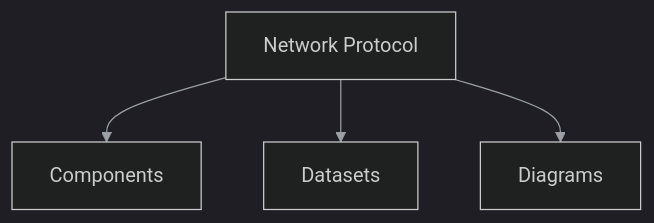
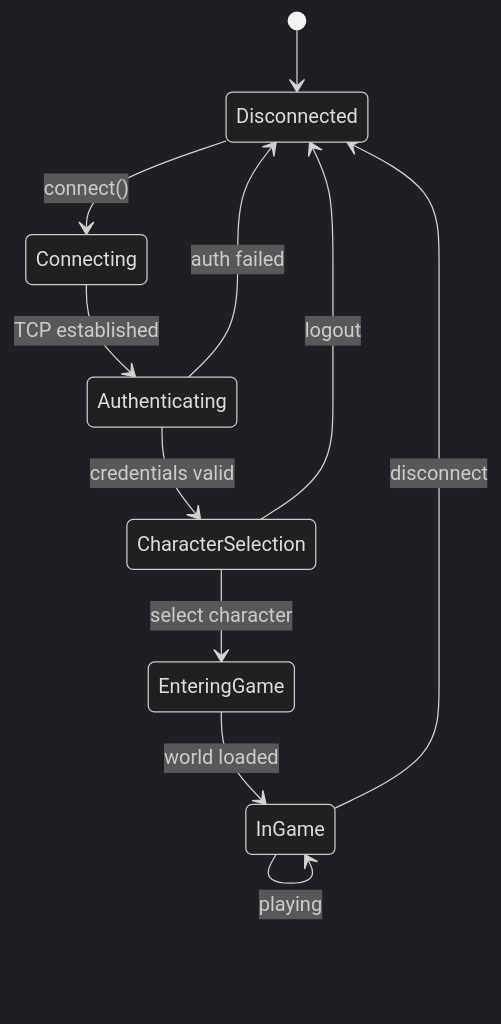
The second of 2 diagrams in docs/authoring/05_network/index.md (lukaszj321/otcv8-dev), drawn with Mermaid before and after one commit. The commit also changed other lines of this file and 1 other file, not shown here.

````diff
--- a/docs/authoring/05_network/index.md
+++ b/docs/authoring/05_network/index.md
@@ -23,7 +167,14 @@
 ```{mermaid}
 %%{init: {'theme':'dark','securityLevel':'loose','themeVariables':{'primaryTextColor':'#ddd','lineColor':'#9aa0a6'}}}%%
-graph TD
-    A[Network Protocol] --> B[Components]
-    A --> C[Datasets]
-    A --> D[Diagrams]
+stateDiagram-v2
+    [*] --> Disconnected
+    Disconnected --> Connecting: connect()
+    Connecting --> Authenticating: TCP established
+    Authenticating --> CharacterSelection: credentials valid
+    Authenticating --> Disconnected: auth failed
+    CharacterSelection --> EnteringGame: select character
+    CharacterSelection --> Disconnected: logout
+    EnteringGame --> InGame: world loaded
+    InGame --> Disconnected: disconnect
+    InGame --> InGame: playing
 ```
````
